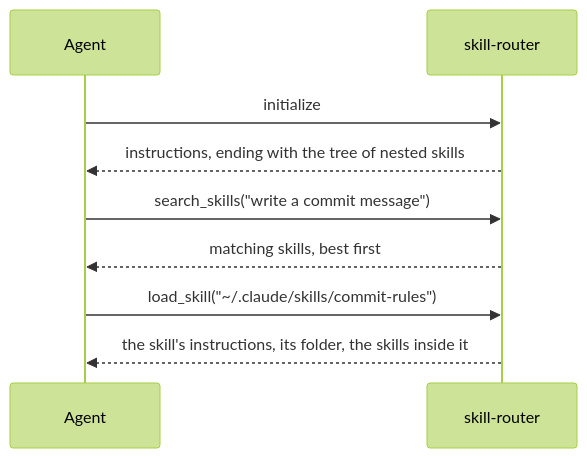
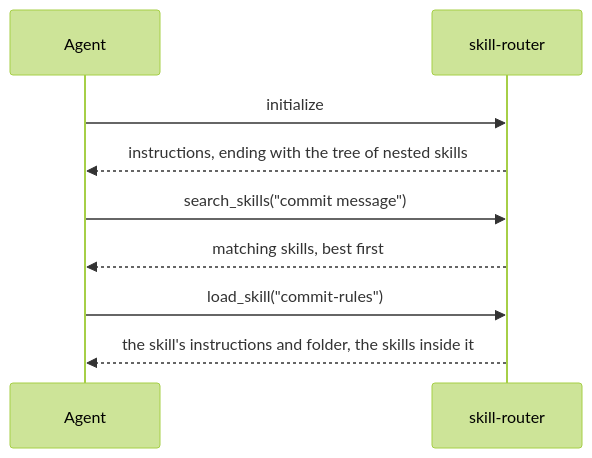
The diagram in README.md (ssoft-ai/skill-router), drawn with Mermaid (forest theme) before and after one commit. The commit also changed other lines of this file, not shown here.

````diff
--- a/README.md
+++ b/README.md
@@ -8,11 +51,11 @@
 ```mermaid
 sequenceDiagram
     participant A as Agent
     participant R as skill-router
     A->>R: initialize
     R-->>A: instructions, ending with the tree of nested skills
-    A->>R: search_skills("write a commit message")
+    A->>R: search_skills("commit message")
     R-->>A: matching skills, best first
-    A->>R: load_skill("~/.claude/skills/commit-rules")
-    R-->>A: the skill's instructions, its folder, the skills inside it
+    A->>R: load_skill("commit-rules")
+    R-->>A: the skill's instructions and folder, the skills inside it
 ```
````
